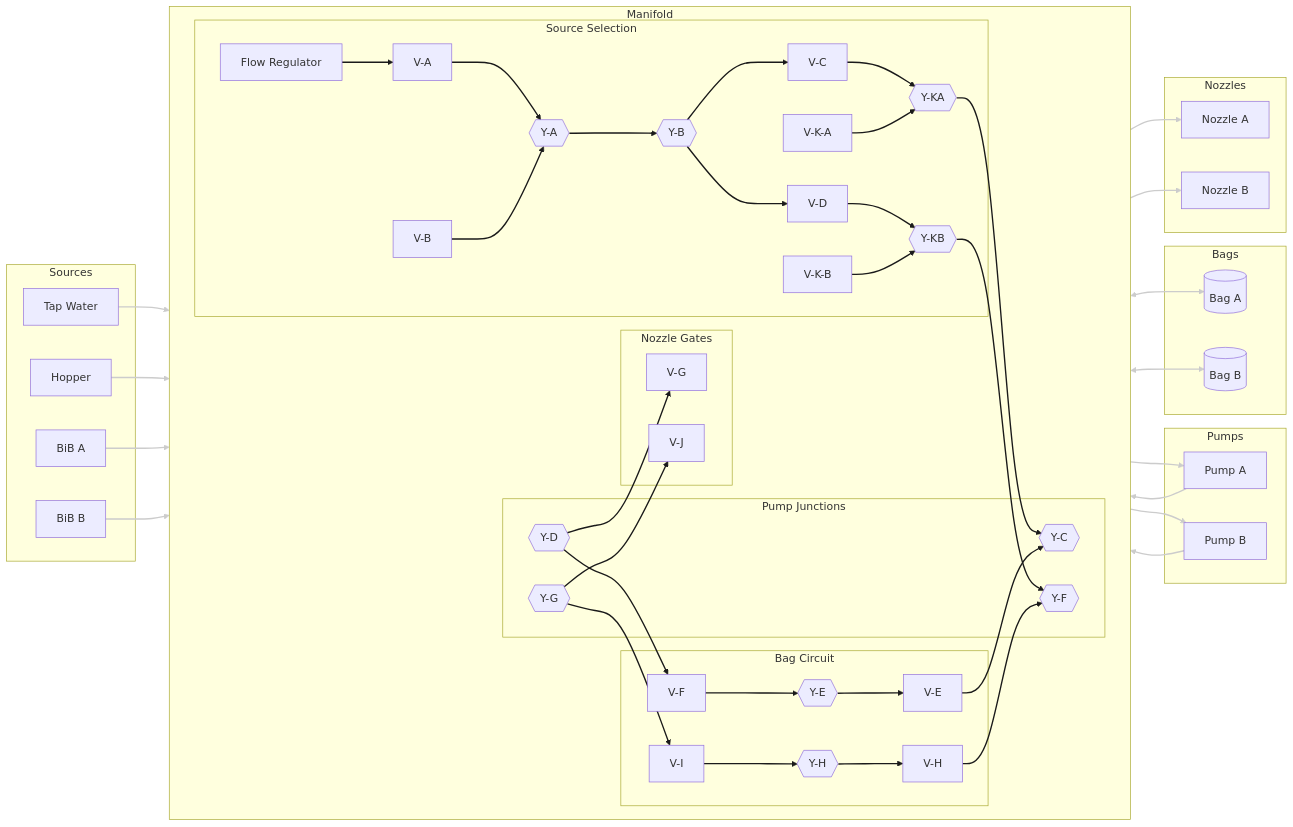
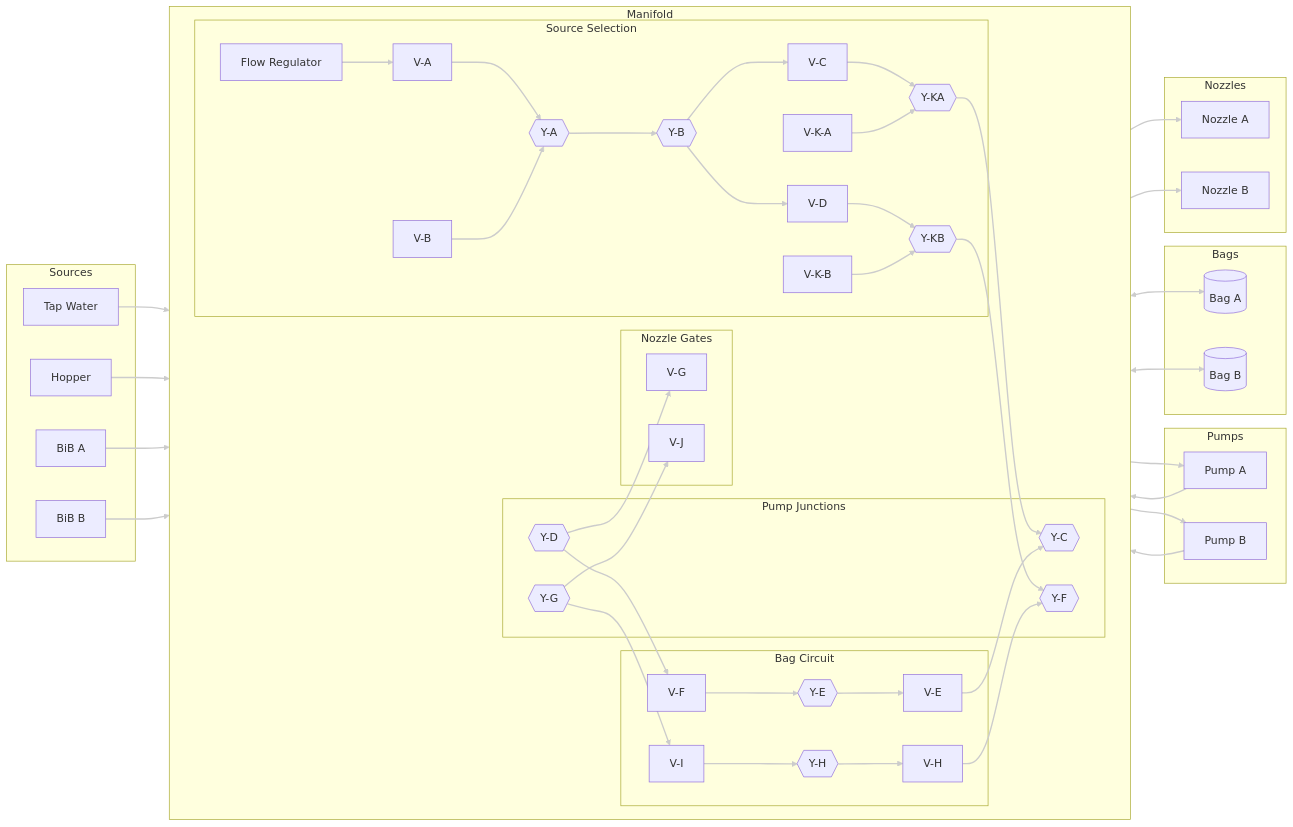
Before and after one commit to derekbreden/soda-flavor-injector: the diagram in hardware/topology/fluid-topology-manifold.mmd, drawn with Mermaid.

Commit message:
fluid-topology-manifold: collapse to all-white workhorse via linkStyle default
The diagram is pure fluid flow with no sensors or power, so the new
unified convention (white signals, blue sensor, red power) reduces to
all-white. Drop the manifold-internals-black / tube-runs-white split
since both groups are the same kind of edge under the new pattern,
and use linkStyle default (cleanest non-brittle form, safe here
because no per-index overrides need arrowhead coloring).

```diff
--- a/hardware/topology/fluid-topology-manifold.mmd
+++ b/hardware/topology/fluid-topology-manifold.mmd
@@ -1,118 +1,118 @@
 flowchart LR
 
   %% =========================
   %% Remote components
   %% =========================
   subgraph Sources["Sources"]
     Tap["Tap Water"]
     Hopper["Hopper"]
     BiBA["BiB A"]
     BiBB["BiB B"]
   end
 
   subgraph Pumps["Pumps"]
     PA["Pump A"]
     PB["Pump B"]
   end
 
   subgraph Bags["Bags"]
     BagA[("Bag A")]
     BagB[("Bag B")]
   end
 
   subgraph Nozzles["Nozzles"]
     NozzleA["Nozzle A"]
     NozzleB["Nozzle B"]
   end
 
   %% =========================
   %% Manifold
   %% =========================
   subgraph Manifold["Manifold"]
     direction LR
 
     subgraph SourceSelection["Source Selection"]
       Reg["Flow Regulator"]
       VA["V-A"]
       VB["V-B"]
       YA{{"Y-A"}}
       YB{{"Y-B"}}
       VC["V-C"]
       VD["V-D"]
       VKA["V-K-A"]
       VKB["V-K-B"]
       YKA{{"Y-KA"}}
       YKB{{"Y-KB"}}
     end
 
     subgraph MfPumps["Pump Junctions"]
       YC{{"Y-C"}}
       YD{{"Y-D"}}
       YF{{"Y-F"}}
       YG{{"Y-G"}}
     end
 
     subgraph MfNozzles["Nozzle Gates"]
       VG["V-G"]
       VJ["V-J"]
     end
 
     subgraph MfBags["Bag Circuit"]
       VE["V-E"]
       YE{{"Y-E"}}
       VF["V-F"]
       VH["V-H"]
       YH{{"Y-H"}}
       VI["V-I"]
     end
 
     %% Source Selection connections
     Reg --> VA
     VA --> YA
     VB --> YA
     YA --> YB
     YB --> VC
     YB --> VD
     VC --> YKA
     VKA --> YKA
     VD --> YKB
     VKB --> YKB
 
     %% Pump Junctions connections
     YKA --> YC
     YKB --> YF
     YD --> VG
     YD --> VF
     YG --> VJ
     YG --> VI
 
     %% Bag Circuit connections
     VE --> YC
     VF --> YE
     YE --> VE
     VH --> YF
     VI --> YH
     YH --> VH
   end
 
   %% =========================
   %% Tube runs (manifold ↔ remote)
   %% =========================
   Tap --> Reg
   Hopper --> VB
   BiBA --> VKA
   BiBB --> VKB
 
   YC --> PA --> YD
   YF --> PB --> YG
 
   YE <--> BagA
   YH <--> BagB
 
   VG --> NozzleA
   VJ --> NozzleB
 
-  %% Manifold internals
-  linkStyle 0,1,2,3,4,5,6,7,8,9,10,11,12,13,14,15,16,17,18,19,20,21 stroke:#1a1a1a,stroke-width:2px
-  %% Tube runs to remote components
-  linkStyle 22,23,24,25,26,27,28,29,30,31,32,33 stroke:#ccc,stroke-width:2px
+  %% All edges are fluid-flow (no sensors, no power), so workhorse white.
+  %% linkStyle default is safe here because there are no per-index
+  %% overrides to color arrowheads on.
+  linkStyle default stroke:#ccc,stroke-width:2px
```
